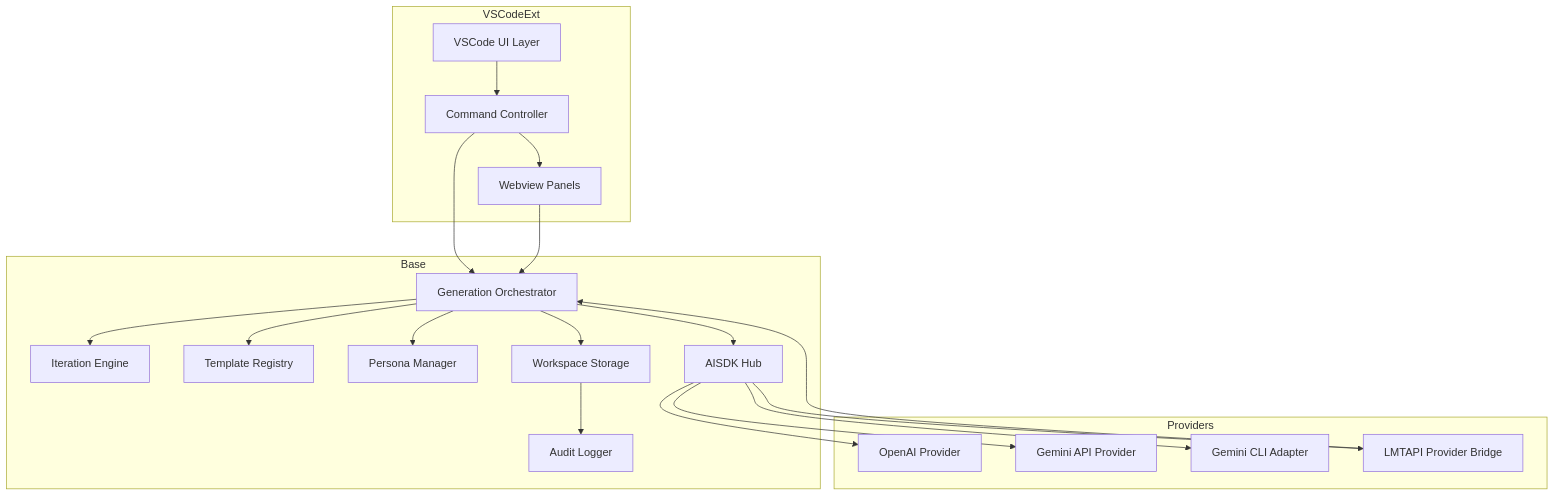
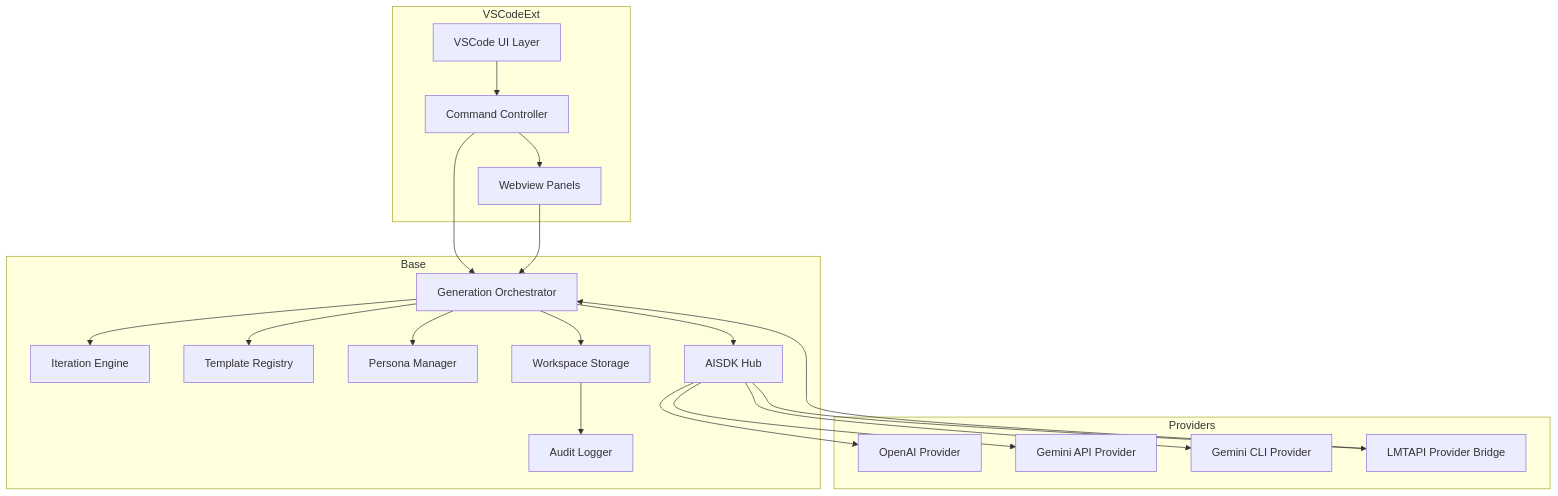
One commit to code-onigiri/ai-writer-for-vscode changed the first of 4 diagrams in .kiro/specs/autonomous-ai-writing-suite/design.md. Above: the diagram before and after it, drawn with Mermaid. The commit also changed other lines of this file and 6 other files, not shown here.

````diff
--- a/.kiro/specs/autonomous-ai-writing-suite/design.md
+++ b/.kiro/specs/autonomous-ai-writing-suite/design.md
@@ -27,38 +27,38 @@
 ```mermaid
 graph TD
     subgraph VSCodeExt
         VSUI[VSCode UI Layer]
         VSCmd[Command Controller]
         VSWv[Webview Panels]
     end
     subgraph Base
         Orchestrator[Generation Orchestrator]
         IterEngine[Iteration Engine]
         TemplateSvc[Template Registry]
         PersonaSvc[Persona Manager]
   AISDKHub[AISDK Hub]
         StorageSvc[Workspace Storage]
         AuditLog[Audit Logger]
     end
     subgraph Providers
         OpenAIProv[OpenAI Provider]
         GeminiAPIProv[Gemini API Provider]
-        GeminiCLIProv[Gemini CLI Adapter]
+  GeminiCLIProv[Gemini CLI Provider]
         LMTBridge[LMTAPI Provider Bridge]
     end
     VSUI --> VSCmd
     VSCmd --> Orchestrator
     Orchestrator --> IterEngine
     Orchestrator --> TemplateSvc
     Orchestrator --> PersonaSvc
   Orchestrator --> AISDKHub
   AISDKHub --> OpenAIProv
   AISDKHub --> GeminiAPIProv
   AISDKHub --> GeminiCLIProv
   AISDKHub --> LMTBridge
     Orchestrator --> StorageSvc
     StorageSvc --> AuditLog
     VSCmd --> VSWv
     VSWv --> Orchestrator
     LMTBridge --> Orchestrator
 ```
````
